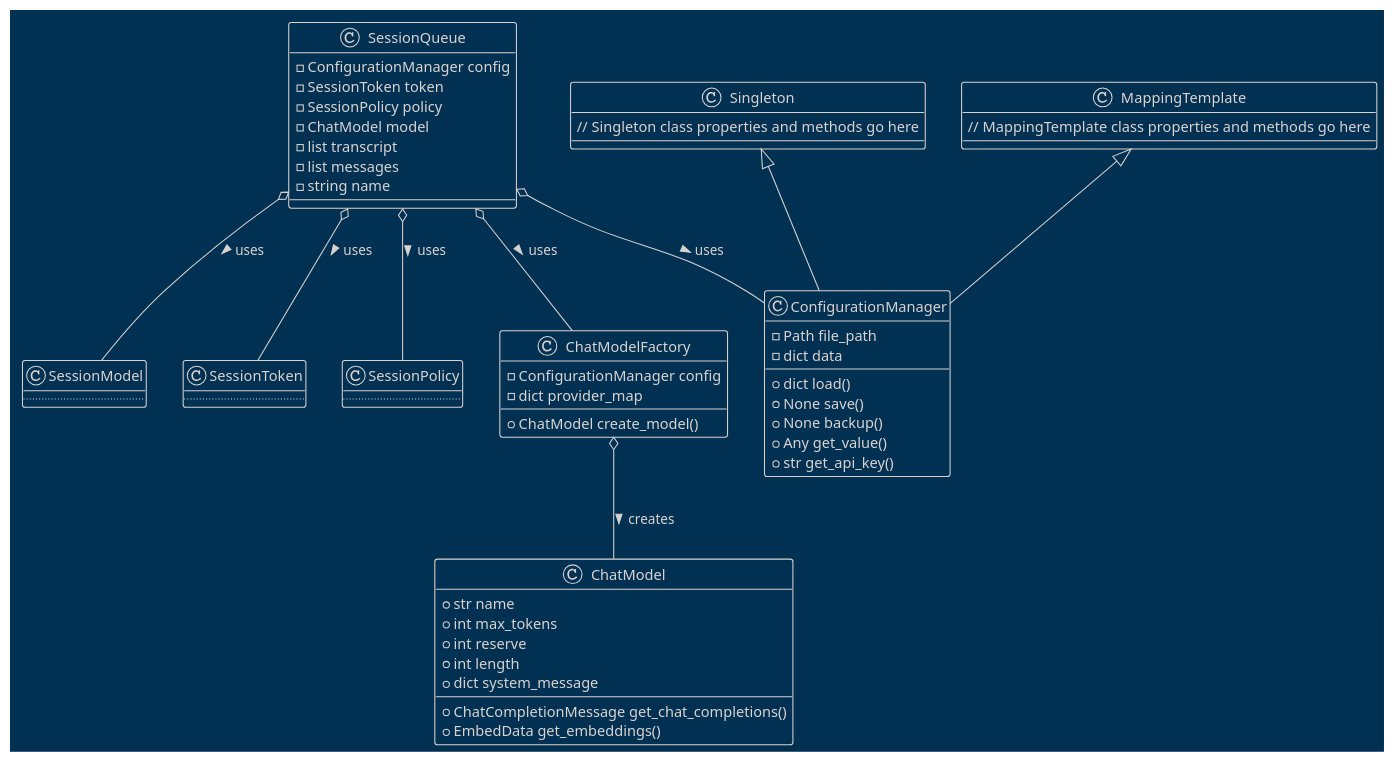
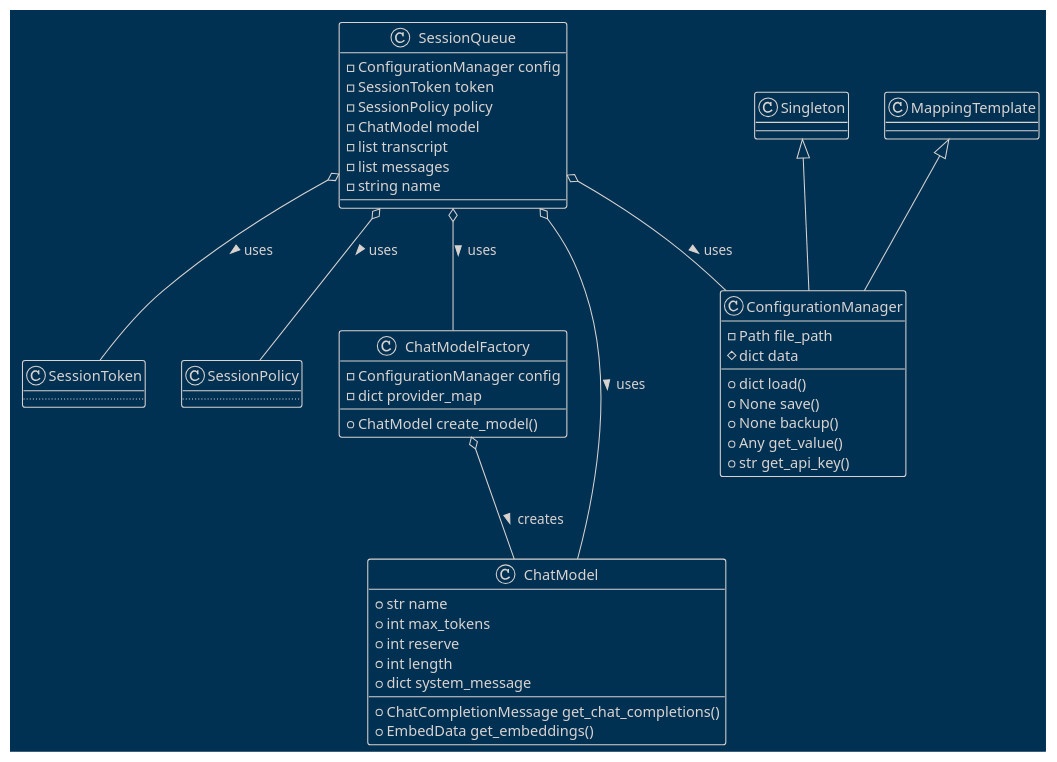
The diagram in docs/diagrams/plantuml/session_queue.puml (teleprint-me/py.gpt.prompt), drawn with PlantUML before and after one commit.

Commit message:
docs: Refactor and clean up SessionQueue diagram

```diff
--- a/docs/diagrams/plantuml/session_queue.puml
+++ b/docs/diagrams/plantuml/session_queue.puml
@@ -1,70 +1,58 @@
-@startuml
+@startuml SessionQueue
 !theme blueprint
 
 ' Define classes
 
 class SessionQueue {
   - ConfigurationManager config
   - SessionToken token
   - SessionPolicy policy
   - ChatModel model
   - list transcript
   - list messages
   - string name
 }
 
-class Singleton {
-  // Singleton class properties and methods go here
-}
-
-class MappingTemplate {
-  // MappingTemplate class properties and methods go here
-}
-
 class ConfigurationManager extends Singleton, MappingTemplate {
   - Path file_path
-  - dict data
+  # dict data
   + dict load()
   + None save()
   + None backup()
   + Any get_value()
   + str get_api_key()
-}
-
-class SessionModel {
-  ..
 }
 
 class SessionToken {
   ..
 }
 
 class SessionPolicy {
   ..
 }
 
 class ChatModelFactory {
   - ConfigurationManager config
   - dict provider_map
   + ChatModel create_model()
 }
 
 class ChatModel {
   + str name
   + int max_tokens
   + int reserve
   + int length
   + dict system_message
   + ChatCompletionMessage get_chat_completions()
   + EmbedData get_embeddings()
 }
 
 ' Define relationships
 
 SessionQueue o-- ConfigurationManager : uses >
-SessionQueue o-- SessionModel : uses >
 SessionQueue o-- SessionToken : uses >
 SessionQueue o-- SessionPolicy : uses >
+SessionQueue o-- ChatModel : uses >
+ChatModelFactory o-- ChatModel : creates >
 SessionQueue o-- ChatModelFactory : uses >
-ChatModelFactory o-- ChatModel : creates >
 @enduml
```
